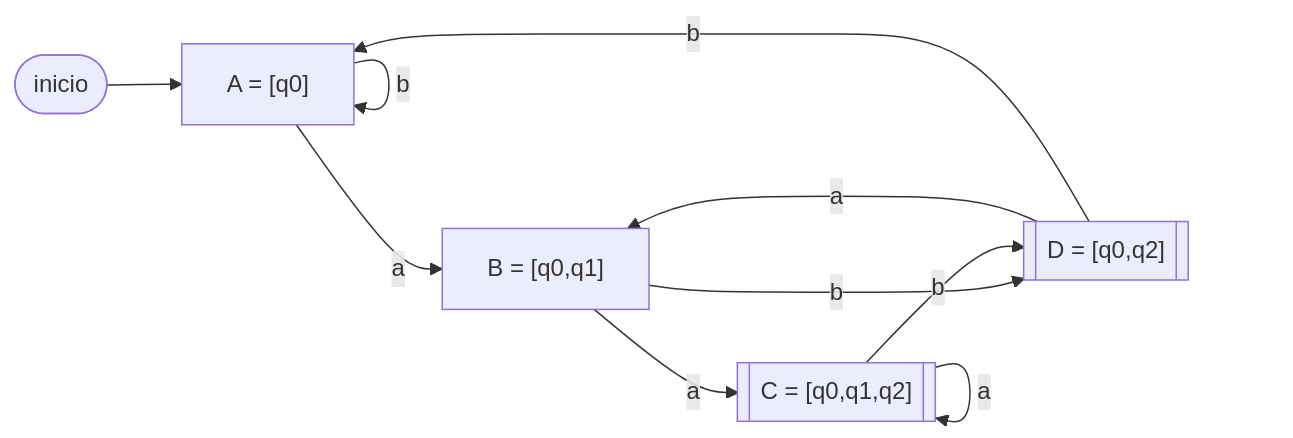
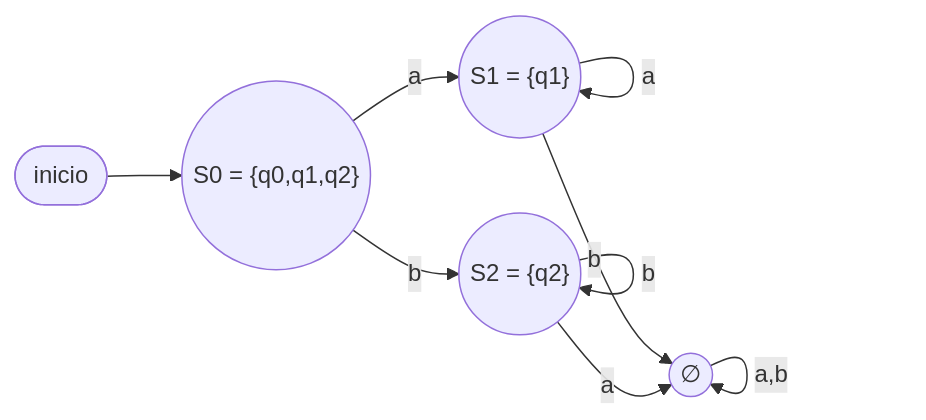
One commit to yhwachoo/Grafos changed the third of 3 diagrams in prueba/solucionario.md. Above: the diagram before and after it, drawn with Mermaid. The commit also changed other lines of this file and 8 other files, not shown here.

````diff
--- a/prueba/solucionario.md
+++ b/prueba/solucionario.md
@@ -131,16 +125,15 @@
 ```mermaid
 graph LR
-    ini([inicio]) --> A
-    A["A = [q0]"]
-    B["B = [q0,q1]"]
-    C[["C = [q0,q1,q2]"]]
-    D[["D = [q0,q2]"]]
-    A -->|a| B
-    A -->|b| A
-    B -->|a| C
-    B -->|b| D
-    C -->|a| C
-    C -->|b| D
-    D -->|a| B
-    D -->|b| A
+    ini([inicio]) --> S0
+    S0(("S0 = {q0,q1,q2}"))
+    S1(("S1 = {q1}"))
+    S2(("S2 = {q2}"))
+    trap(("∅"))
+    S0 -->|a| S1
+    S0 -->|b| S2
+    S1 -->|a| S1
+    S1 -->|b| trap
+    S2 -->|b| S2
+    S2 -->|a| trap
+    trap -->|a,b| trap
 ```
````
